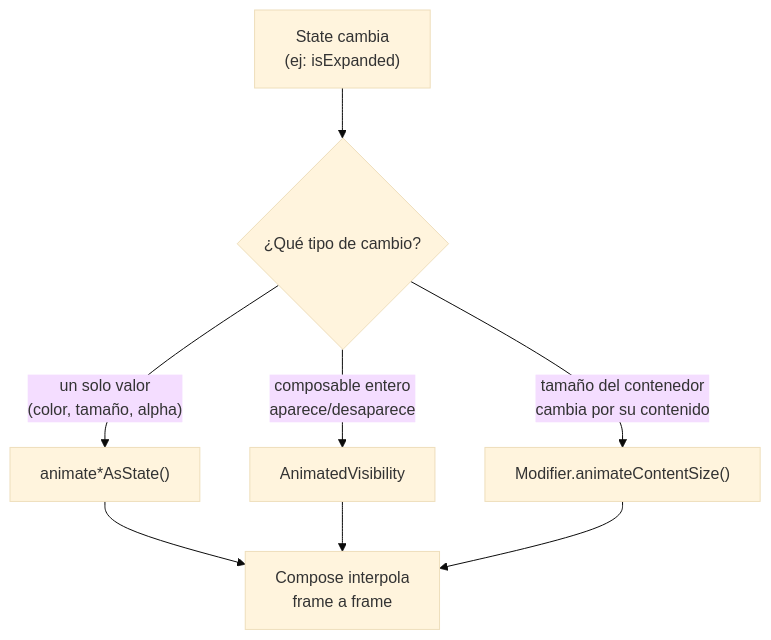
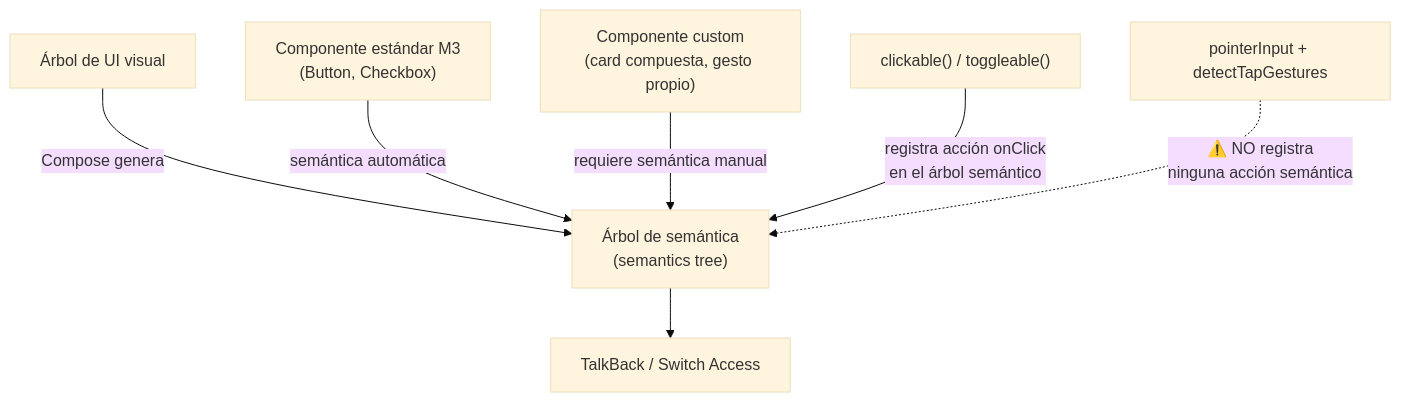
The diagram in 09_ui_compose/accesibilidad_a11y.md (t1agosa/KMPro), drawn with Mermaid (base theme) before and after one commit. The commit also changed other lines of this file, not shown here.

Commit message:
fix: cambiar contenido de accesibilidad_a11y.md que tenía el de animaciones_basicas.md

````diff
--- a/09_ui_compose/accesibilidad_a11y.md
+++ b/09_ui_compose/accesibilidad_a11y.md
@@ -5,10 +5,9 @@
 ```mermaid
 flowchart TD
-    A["State cambia<br/>(ej: isExpanded)"] --> B{"¿Qué tipo de cambio?"}
-    B -->|"un solo valor<br/>(color, tamaño, alpha)"| C["animate*AsState()"]
-    B -->|"composable entero<br/>aparece/desaparece"| D["AnimatedVisibility"]
-    B -->|"tamaño del contenedor<br/>cambia por su contenido"| E["Modifier.animateContentSize()"]
-    C --> F["Compose interpola<br/>frame a frame"]
-    D --> F
-    E --> F
+    A["Árbol de UI visual"] -->|"Compose genera"| B["Árbol de semántica<br/>(semantics tree)"]
+    B --> C["TalkBack / Switch Access"]
+    D["Componente estándar M3<br/>(Button, Checkbox)"] -->|"semántica automática"| B
+    E["Componente custom<br/>(card compuesta, gesto propio)"] -->|"requiere semántica manual"| B
+    F["clickable() / toggleable()"] -->|"registra acción onClick<br/>en el árbol semántico"| B
+    G["pointerInput + detectTapGestures"] -.->|"⚠️ NO registra<br/>ninguna acción semántica"| B
 ```
````
